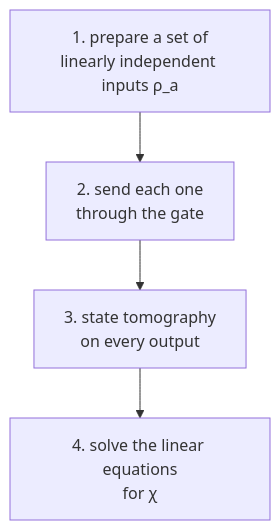
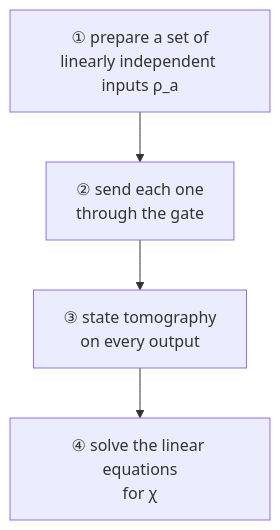
The diagram in Course 3/Week 4/Tomography/Process tomography.md (ArhamAkhtarAlam/mitxpro-my-notes), drawn with Mermaid before and after one commit. The commit also changed 38 other files, not shown here.

````diff
--- a/Course 3/Week 4/Tomography/Process tomography.md
+++ b/Course 3/Week 4/Tomography/Process tomography.md
@@ -44,4 +44,4 @@
 ```mermaid
 flowchart TD
-    A["1. prepare a set of<br/>linearly independent inputs ρ_a"] --> B["2. send each one<br/>through the gate"] --> C["3. state tomography<br/>on every output"] --> D["4. solve the linear equations<br/>for χ"]
+    A["① prepare a set of<br/>linearly independent inputs ρ_a"] --> B["② send each one<br/>through the gate"] --> C["③ state tomography<br/>on every output"] --> D["④ solve the linear equations<br/>for χ"]
 ```
````
